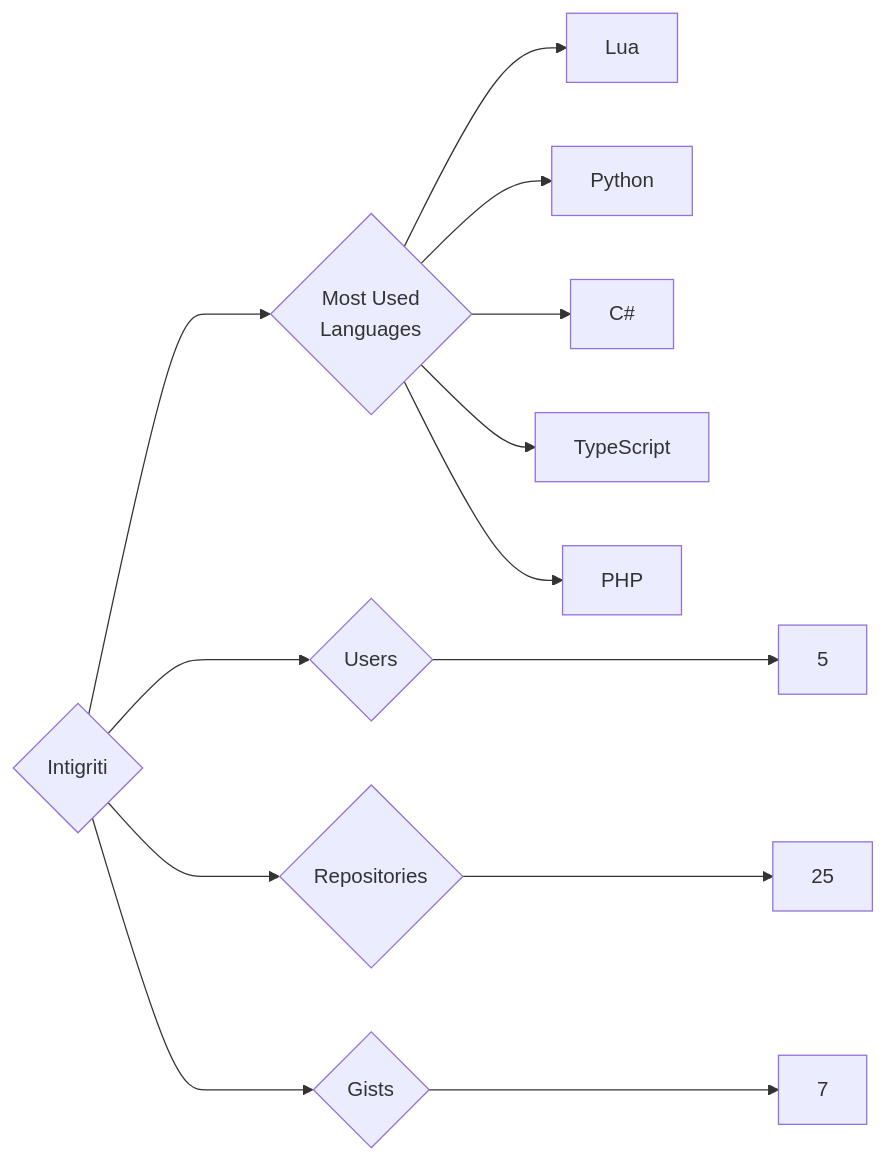
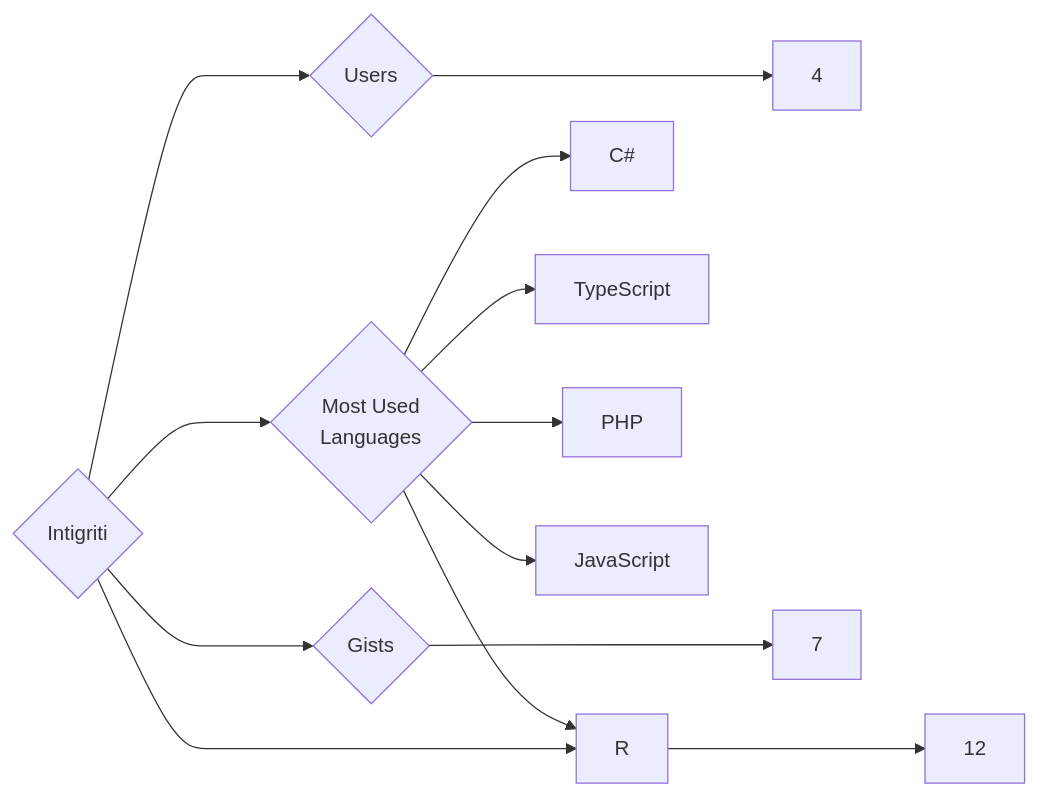
One commit to trickest/insiders changed the diagram in targets/Intigriti/README.md. Above: the diagram before and after it, drawn with Mermaid. The commit also changed 988 other files, not shown here.

````diff
--- a/targets/Intigriti/README.md
+++ b/targets/Intigriti/README.md
@@ -3,13 +3,13 @@
 ```mermaid
 graph LR
 COMPANY_NAME{Intigriti}
-COMPANY_NAME ---> U{Users} ---> UN[5]
-COMPANY_NAME ---> R{Repositories} ---> RN[25]
+COMPANY_NAME ---> U{Users} ---> UN[4]
+COMPANY_NAME ---> R{Repositories} ---> RN[12]
 COMPANY_NAME ---> G{Gists} ---> GN[7]
 COMPANY_NAME ---> ML{Most Used<br>Languages}
-ML --> Lua[Lua]
-ML --> Python[Python]
 ML --> C#[C#]
 ML --> TypeScript[TypeScript]
 ML --> PHP[PHP]
+ML --> R[R]
+ML --> JavaScript[JavaScript]
 ```
````
